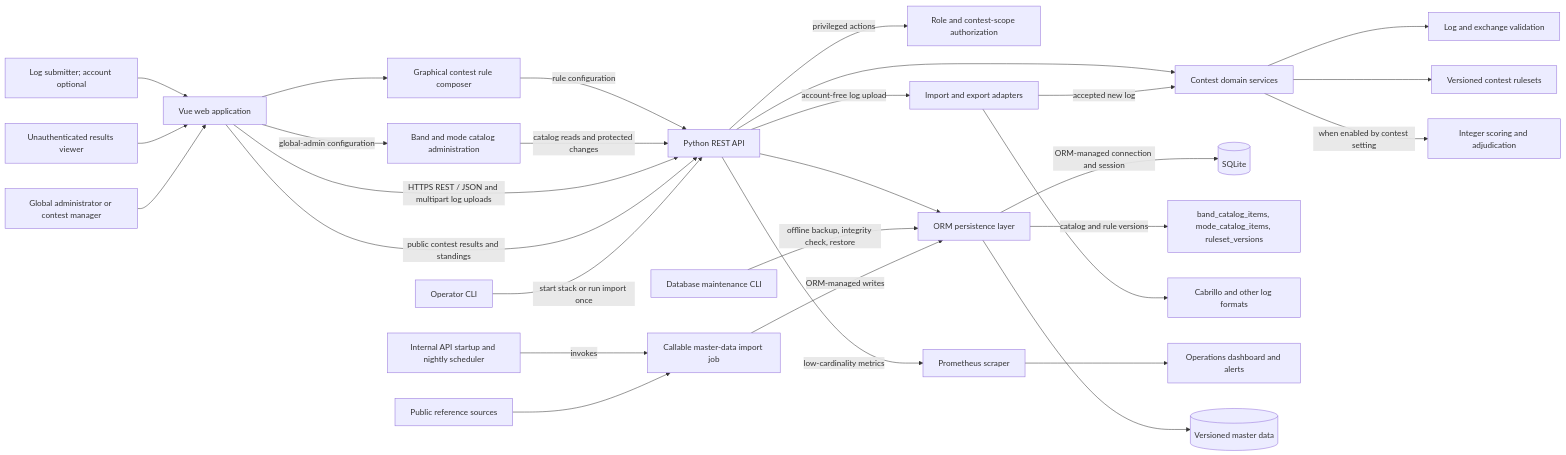
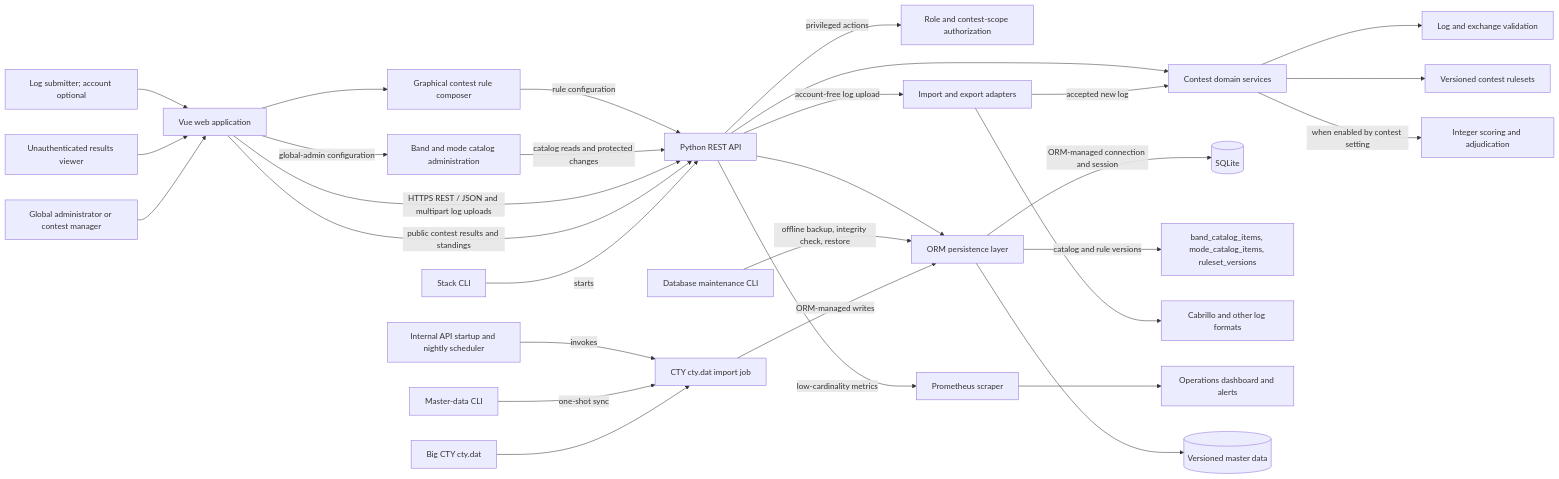
One commit to ea7klk/contestmaster changed the first of 3 diagrams in documentation/README.md. Above: the diagram before and after it, drawn with Mermaid. The commit also changed other lines of this file and 3 other files, not shown here.

First line of the commit message:
Align architecture docs with CTY-only provisioning

````diff
--- a/documentation/README.md
+++ b/documentation/README.md
@@ -79,31 +79,32 @@
 ```mermaid
 flowchart LR
     Participant[Log submitter; account optional] --> Web[Vue web application]
     Visitor[Unauthenticated results viewer] --> Web
     PrivilegedUser[Global administrator or contest manager] --> Web
     Web --> Composer[Graphical contest rule composer]
     Web -->|global-admin configuration| CatalogAdmin[Band and mode catalog administration]
     Composer -->|rule configuration| API[Python REST API]
     CatalogAdmin -->|catalog reads and protected changes| API
     Web -->|HTTPS REST / JSON and multipart log uploads| API[Python REST API]
     Web -->|public contest results and standings| API
     API -->|privileged actions| Auth[Role and contest-scope authorization]
     API --> Domain[Contest domain services]
     Domain --> Validation[Log and exchange validation]
     Domain --> Rules[Versioned contest rulesets]
     Domain -->|when enabled by contest setting| Scoring[Integer scoring and adjudication]
     API --> Store[ORM persistence layer]
     Store -->|ORM-managed connection and session| DB[(SQLite)]
     Store -->|catalog and rule versions| OperatingCatalog[band_catalog_items, mode_catalog_items, ruleset_versions]
     API -->|account-free log upload| Adapters[Import and export adapters]
     Adapters -->|accepted new log| Domain
     Adapters --> Formats[Cabrillo and other log formats]
-    Timer[Internal API startup and nightly scheduler] -->|invokes| MasterImport[Callable master-data import job]
-    CLI[Operator CLI] -->|start stack or run import once| API
+    Timer[Internal API startup and nightly scheduler] -->|invokes| MasterImport[CTY cty.dat import job]
+    StackCLI[Stack CLI] -->|starts| API
+    MasterCLI[Master-data CLI] -->|one-shot sync| MasterImport
     DBCLI[Database maintenance CLI] -->|offline backup, integrity check, restore| Store
     API -->|low-cardinality metrics| Prometheus[Prometheus scraper]
     Prometheus --> Dashboard[Operations dashboard and alerts]
-    PublicSources[Public reference sources] --> MasterImport
+    CTYSource[Big CTY cty.dat] --> MasterImport
     MasterImport -->|ORM-managed writes| Store
     Store --> ReferenceData[(Versioned master data)]
 ```
````
